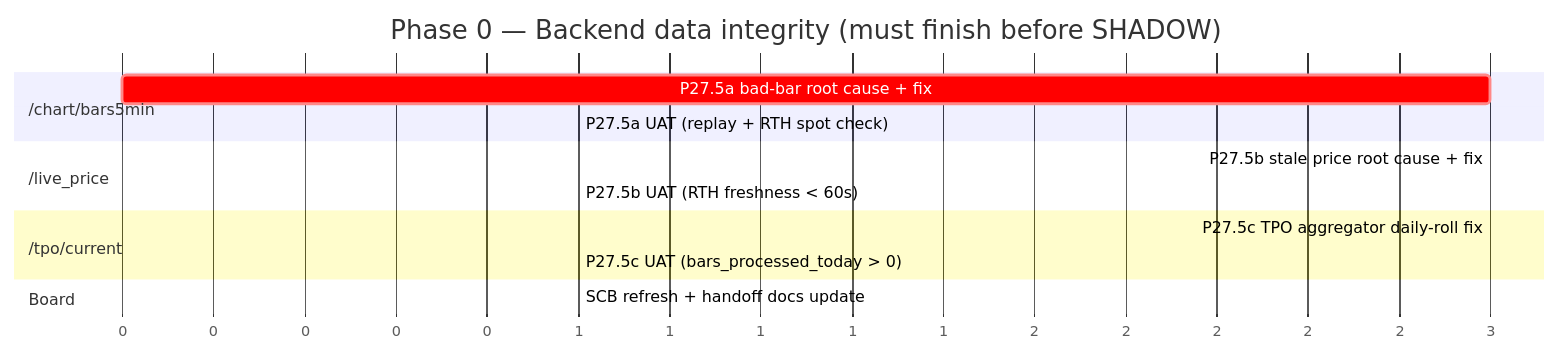
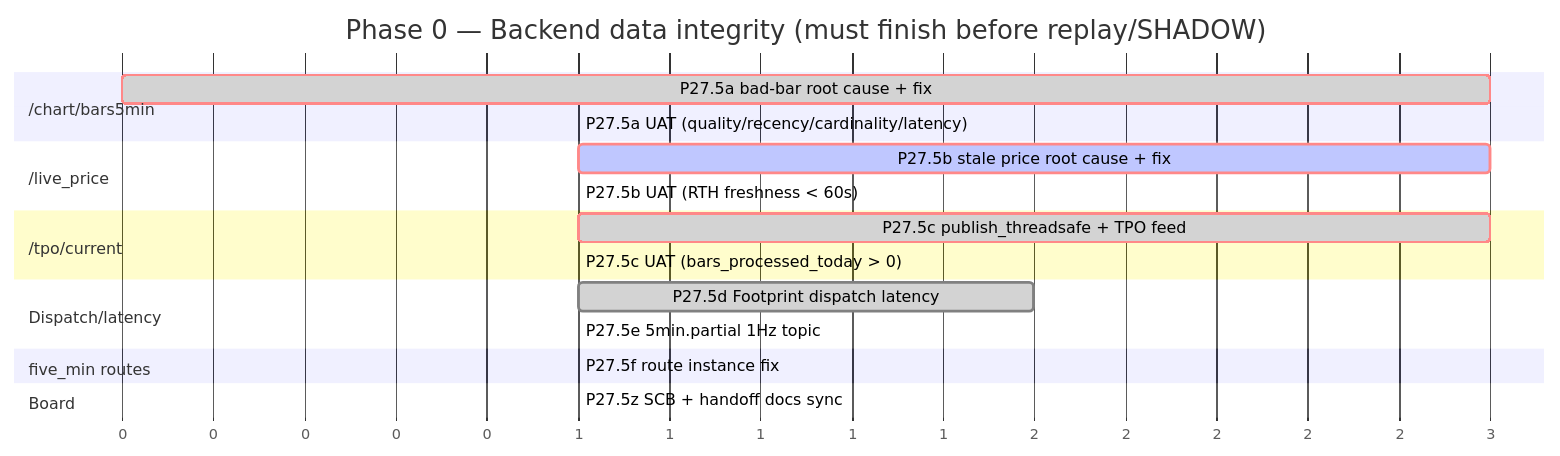
The first of 7 diagrams in docs/reports/handoff/GANTT_TO_LIVE.md (michaelbarg/mems26-web), drawn with Mermaid before and after one commit. The commit also changed other lines of this file, not shown here.

Commit message:
docs(handoff): update live roadmap status
Bring the Gantt view in line with the closed P27.5 work while keeping P27.5b as the remaining RTH-gated Phase 0 item.

````diff
--- a/docs/reports/handoff/GANTT_TO_LIVE.md
+++ b/docs/reports/handoff/GANTT_TO_LIVE.md
@@ -40,17 +40,22 @@
 ```mermaid
 gantt
-    title Phase 0 — Backend data integrity (must finish before SHADOW)
+    title Phase 0 — Backend data integrity (must finish before replay/SHADOW)
     dateFormat  X
     axisFormat  %s
     section /chart/bars5min
-    P27.5a bad-bar root cause + fix             :crit, p275a, 0, 3
-    P27.5a UAT (replay + RTH spot check)        :p275aU, after p275a, 1
+    P27.5a bad-bar root cause + fix             :done, crit, p275a, 0, 3
+    P27.5a UAT (quality/recency/cardinality/latency) :done, p275aU, after p275a, 1
     section /live_price
-    P27.5b stale price root cause + fix         :crit, p275b, after p275a, 3
-    P27.5b UAT (RTH freshness < 60s)            :p275bU, after p275b, 1
+    P27.5b stale price root cause + fix         :active, crit, p275b, after p275aU, 3
+    P27.5b UAT (RTH freshness < 60s)            :crit, p275bU, after p275b, 1
     section /tpo/current
-    P27.5c TPO aggregator daily-roll fix        :crit, p275c, after p275b, 3
-    P27.5c UAT (bars_processed_today > 0)       :p275cU, after p275c, 1
+    P27.5c publish_threadsafe + TPO feed        :done, crit, p275c, after p275aU, 3
+    P27.5c UAT (bars_processed_today > 0)       :done, p275cU, after p275c, 1
+    section Dispatch/latency
+    P27.5d Footprint dispatch latency           :done, p275d, after p275cU, 2
+    P27.5e 5min.partial 1Hz topic               :done, p275e, after p275d, 1
+    section five_min routes
+    P27.5f route instance fix                   :done, p275f, after p275e, 1
     section Board
-    SCB refresh + handoff docs update           :p275z, after p275cU, 1
+    P27.5z SCB + handoff docs sync              :done, p275z, after p275f, 1
 ```
````
